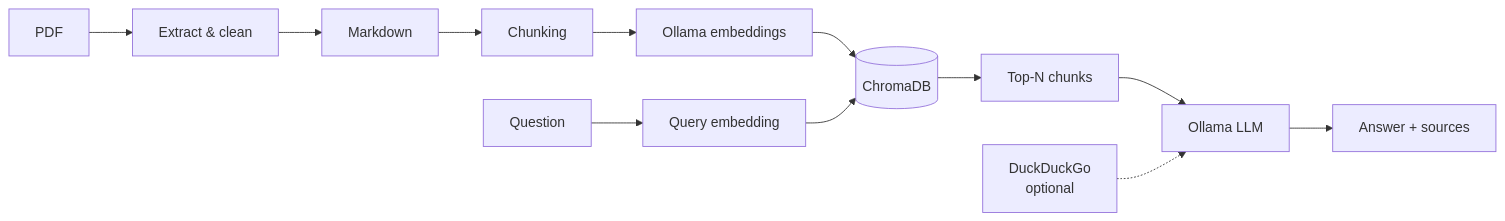
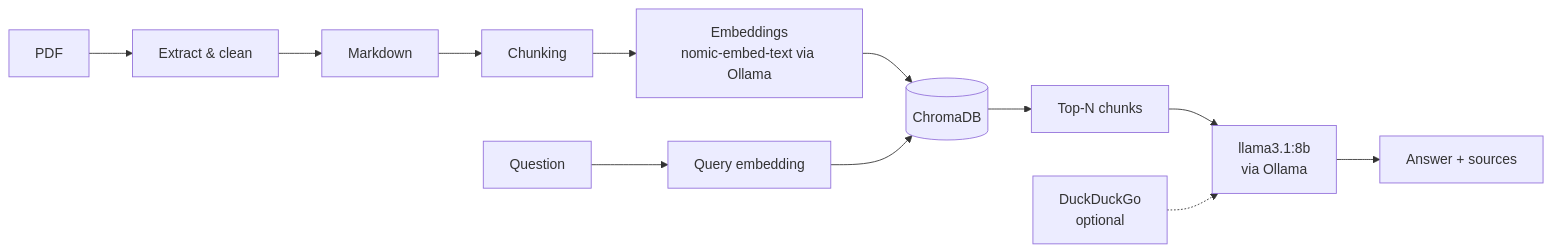
The diagram in README.md (magdazak/RAG_RF_learn), drawn with Mermaid before and after one commit. The commit also changed other lines of this file and 3 other files, not shown here.

````diff
--- a/README.md
+++ b/README.md
@@ -36,8 +36,8 @@
 ```mermaid
 flowchart LR
     PDF[PDF] --> Clean[Extract & clean] --> MD[Markdown] --> Chunk[Chunking]
-    Chunk --> Emb[Ollama embeddings] --> DB[(ChromaDB)]
+    Chunk --> Emb[Embeddings<br/>nomic-embed-text via Ollama] --> DB[(ChromaDB)]
     Q[Question] --> QE[Query embedding] --> DB --> Ctx[Top-N chunks]
-    Ctx --> LLM[Ollama LLM] --> A[Answer + sources]
+    Ctx --> LLM[llama3.1:8b<br/>via Ollama] --> A[Answer + sources]
     Web[DuckDuckGo<br/>optional] -.-> LLM
 ```
````
